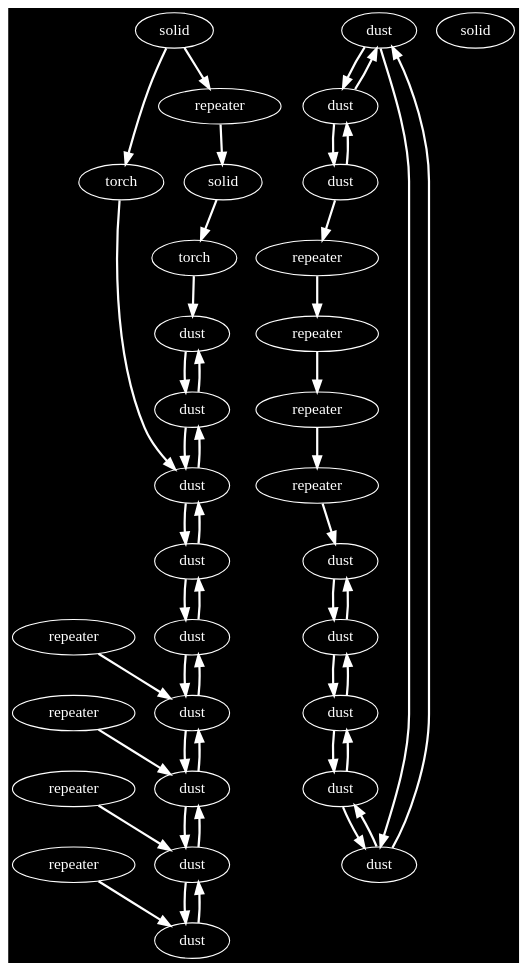
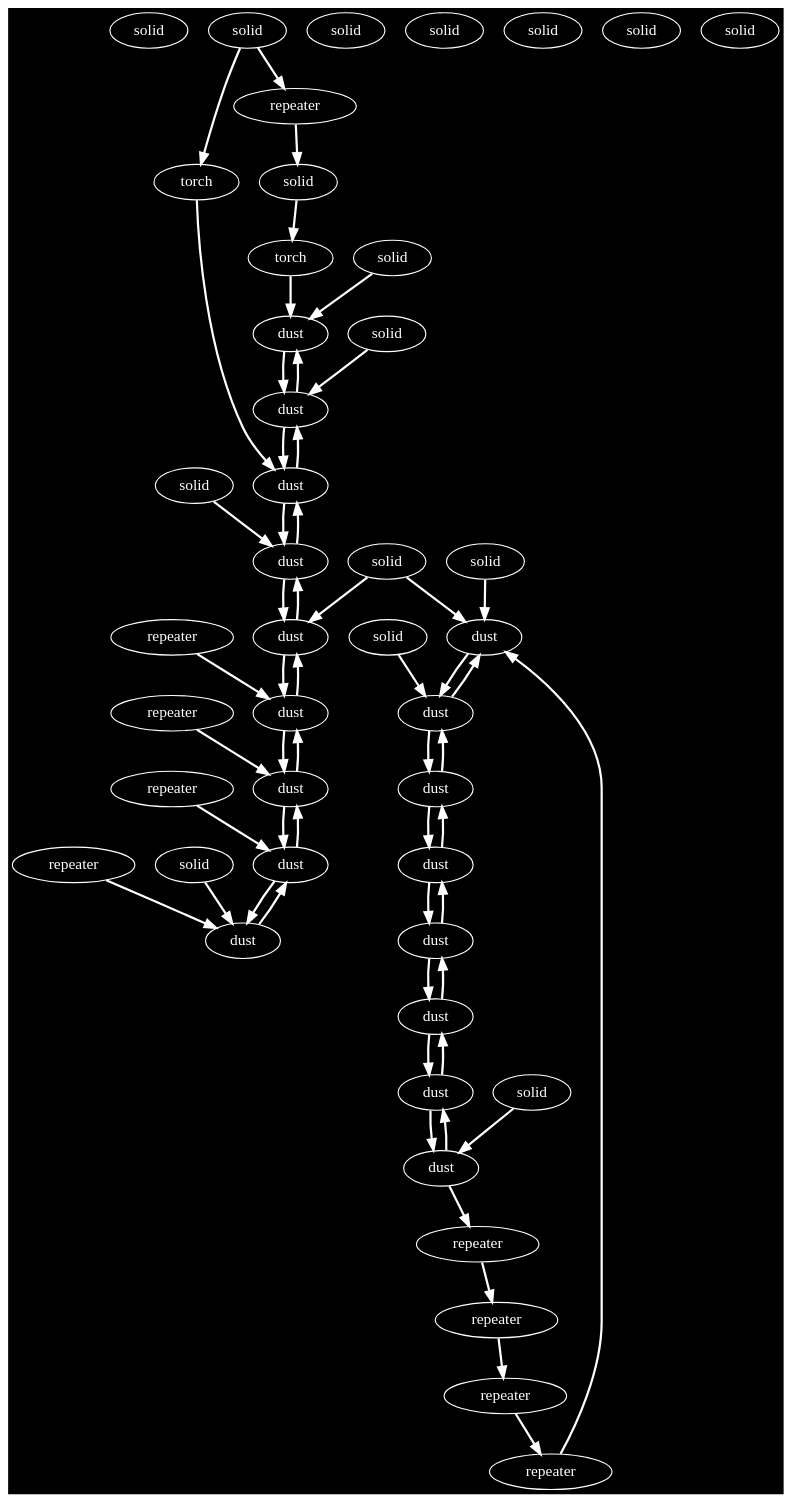
Before and after one commit to lakazatong/PCBMod: the diagram in common/src/main/java/in/lakazatong/pcbmod/redstone/examples/barrelshiftregister/barrel_shift_register.dot, drawn with Graphviz. The commit also changed 4 other files, not shown here.

```diff
--- a/common/src/main/java/in/lakazatong/pcbmod/redstone/examples/barrelshiftregister/barrel_shift_register.dot
+++ b/common/src/main/java/in/lakazatong/pcbmod/redstone/examples/barrelshiftregister/barrel_shift_register.dot
@@ -1,61 +1,76 @@
 digraph G {
     graph [bgcolor="black"];
+    "b9c15e73-9ecb-3daa-92ab-c95fe2925e75" [label="solid", style=filled, fillcolor="black", fontcolor="white", color="white", width=0.2, height=0.2];
     "79df7d33-2d57-3d20-9ada-cd3d04b6600f" [label="torch", style=filled, fillcolor="black", fontcolor="white", color="white", width=0.2, height=0.2];
     "ae5c3ec0-8f59-3a13-be35-a83d1c5bf039" -> "79df7d33-2d57-3d20-9ada-cd3d04b6600f" [color="white", arrowhead="normal", fontcolor="white", penwidth=2];
+    "5347ab2b-c54b-3604-96f0-26b7888cd3a1" [label="solid", style=filled, fillcolor="black", fontcolor="white", color="white", width=0.2, height=0.2];
     "5b571f68-0f15-3501-a320-b0a83a0254b0" [label="dust", style=filled, fillcolor="black", fontcolor="white", color="white", width=0.2, height=0.2];
     "93c9a203-347c-32af-be83-3c4651199f25" -> "5b571f68-0f15-3501-a320-b0a83a0254b0" [color="white", arrowhead="normal", fontcolor="white", penwidth=2];
     "731819ad-7f4a-3e8a-9762-ef11a44172a9" -> "5b571f68-0f15-3501-a320-b0a83a0254b0" [color="white", arrowhead="normal", fontcolor="white", penwidth=2];
+    "b5c2f3cf-6c87-3be1-bf80-d28025e2f21b" [label="solid", style=filled, fillcolor="black", fontcolor="white", color="white", width=0.2, height=0.2];
     "6e8699f1-07e9-3886-ac39-3d130127e887" [label="dust", style=filled, fillcolor="black", fontcolor="white", color="white", width=0.2, height=0.2];
+    "a8429368-62d3-3944-a286-bc658fb863d8" -> "6e8699f1-07e9-3886-ac39-3d130127e887" [color="white", arrowhead="normal", fontcolor="white", penwidth=2];
+    "cc63c546-47d9-3367-8ea4-4a239841f433" -> "6e8699f1-07e9-3886-ac39-3d130127e887" [color="white", arrowhead="normal", fontcolor="white", penwidth=2];
     "bfe9b9b4-8c47-3d21-b63b-7f53c41a60e2" -> "6e8699f1-07e9-3886-ac39-3d130127e887" [color="white", arrowhead="normal", fontcolor="white", penwidth=2];
-    "a8429368-62d3-3944-a286-bc658fb863d8" -> "6e8699f1-07e9-3886-ac39-3d130127e887" [color="white", arrowhead="normal", fontcolor="white", penwidth=2];
-    "b5c2f3cf-6c87-3be1-bf80-d28025e2f21b" [label="solid", style=filled, fillcolor="black", fontcolor="white", color="white", width=0.2, height=0.2];
     "a0b8a2e1-807b-3ef1-8f82-0cbb61817378" [label="repeater", style=filled, fillcolor="black", fontcolor="white", color="white", width=0.2, height=0.2];
+    "911149af-68a6-37f7-a04e-79d9e9e2934e" [label="solid", style=filled, fillcolor="black", fontcolor="white", color="white", width=0.2, height=0.2];
     "71b08495-6a86-375b-bd10-6399bc71acd4" [label="dust", style=filled, fillcolor="black", fontcolor="white", color="white", width=0.2, height=0.2];
+    "202901a9-65a6-3ada-ae39-645d281311e6" -> "71b08495-6a86-375b-bd10-6399bc71acd4" [color="white", arrowhead="normal", fontcolor="white", penwidth=2];
+    "dcedc68e-aaef-3f99-91cf-3883d9b53890" -> "71b08495-6a86-375b-bd10-6399bc71acd4" [color="white", arrowhead="normal", fontcolor="white", penwidth=2];
     "bfe9b9b4-8c47-3d21-b63b-7f53c41a60e2" -> "71b08495-6a86-375b-bd10-6399bc71acd4" [color="white", arrowhead="normal", fontcolor="white", penwidth=2];
-    "dcedc68e-aaef-3f99-91cf-3883d9b53890" -> "71b08495-6a86-375b-bd10-6399bc71acd4" [color="white", arrowhead="normal", fontcolor="white", penwidth=2];
+    "59652766-359b-369a-be57-7ae10ed44df7" [label="solid", style=filled, fillcolor="black", fontcolor="white", color="white", width=0.2, height=0.2];
     "f11ffa8d-1c36-35fe-8378-cb3c0250a556" [label="dust", style=filled, fillcolor="black", fontcolor="white", color="white", width=0.2, height=0.2];
+    "695c2b58-b2cd-36e8-8747-dad888f756e5" -> "f11ffa8d-1c36-35fe-8378-cb3c0250a556" [color="white", arrowhead="normal", fontcolor="white", penwidth=2];
     "57d8dfcb-3e15-3785-a9f8-d92c67260304" -> "f11ffa8d-1c36-35fe-8378-cb3c0250a556" [color="white", arrowhead="normal", fontcolor="white", penwidth=2];
-    "695c2b58-b2cd-36e8-8747-dad888f756e5" -> "f11ffa8d-1c36-35fe-8378-cb3c0250a556" [color="white", arrowhead="normal", fontcolor="white", penwidth=2];
+    "9b3f7a47-7d06-3637-9dcb-d8a5d70c4930" [label="solid", style=filled, fillcolor="black", fontcolor="white", color="white", width=0.2, height=0.2];
     "b3674d69-58f3-32f4-a34d-619b6201dc42" [label="repeater", style=filled, fillcolor="black", fontcolor="white", color="white", width=0.2, height=0.2];
     "009a3cb1-4a7e-3cf6-963d-5ec36d3ac40f" -> "b3674d69-58f3-32f4-a34d-619b6201dc42" [color="white", arrowhead="normal", fontcolor="white", penwidth=2];
     "6ff95c65-d545-3e48-8207-e826dedabc76" [label="repeater", style=filled, fillcolor="black", fontcolor="white", color="white", width=0.2, height=0.2];
     "61219756-d840-3b11-bf42-37dbd296f7b4" [label="dust", style=filled, fillcolor="black", fontcolor="white", color="white", width=0.2, height=0.2];
     "93c9a203-347c-32af-be83-3c4651199f25" -> "61219756-d840-3b11-bf42-37dbd296f7b4" [color="white", arrowhead="normal", fontcolor="white", penwidth=2];
+    "911149af-68a6-37f7-a04e-79d9e9e2934e" -> "61219756-d840-3b11-bf42-37dbd296f7b4" [color="white", arrowhead="normal", fontcolor="white", penwidth=2];
     "8cc3a70e-0ef4-3ef8-9715-bf8d620a08cd" [label="torch", style=filled, fillcolor="black", fontcolor="white", color="white", width=0.2, height=0.2];
     "b5c2f3cf-6c87-3be1-bf80-d28025e2f21b" -> "8cc3a70e-0ef4-3ef8-9715-bf8d620a08cd" [color="white", arrowhead="normal", fontcolor="white", penwidth=2];
+    "a1360e59-17f4-34c1-a6f4-d747a4a1b217" [label="solid", style=filled, fillcolor="black", fontcolor="white", color="white", width=0.2, height=0.2];
     "93c9a203-347c-32af-be83-3c4651199f25" [label="dust", style=filled, fillcolor="black", fontcolor="white", color="white", width=0.2, height=0.2];
     "61219756-d840-3b11-bf42-37dbd296f7b4" -> "93c9a203-347c-32af-be83-3c4651199f25" [color="white", arrowhead="normal", fontcolor="white", penwidth=2];
     "5b571f68-0f15-3501-a320-b0a83a0254b0" -> "93c9a203-347c-32af-be83-3c4651199f25" [color="white", arrowhead="normal", fontcolor="white", penwidth=2];
     "cbbd73e2-2c5d-3fc1-b1a2-64cfc9b0657d" [label="dust", style=filled, fillcolor="black", fontcolor="white", color="white", width=0.2, height=0.2];
+    "7c407d07-70a8-349e-9dea-9706270d5a7c" -> "cbbd73e2-2c5d-3fc1-b1a2-64cfc9b0657d" [color="white", arrowhead="normal", fontcolor="white", penwidth=2];
     "44ca0ece-ef77-3808-b467-15a54e5526c1" -> "cbbd73e2-2c5d-3fc1-b1a2-64cfc9b0657d" [color="white", arrowhead="normal", fontcolor="white", penwidth=2];
-    "7c407d07-70a8-349e-9dea-9706270d5a7c" -> "cbbd73e2-2c5d-3fc1-b1a2-64cfc9b0657d" [color="white", arrowhead="normal", fontcolor="white", penwidth=2];
+    "97f0f680-d63b-3547-a0ce-e457be9fd927" -> "cbbd73e2-2c5d-3fc1-b1a2-64cfc9b0657d" [color="white", arrowhead="normal", fontcolor="white", penwidth=2];
     "267b5d56-777a-3979-8a0c-28f87be30e9a" [label="dust", style=filled, fillcolor="black", fontcolor="white", color="white", width=0.2, height=0.2];
-    "6ff95c65-d545-3e48-8207-e826dedabc76" -> "267b5d56-777a-3979-8a0c-28f87be30e9a" [color="white", arrowhead="normal", fontcolor="white", penwidth=2];
     "220de361-52fd-3d21-9d87-834fd0982ec4" -> "267b5d56-777a-3979-8a0c-28f87be30e9a" [color="white", arrowhead="normal", fontcolor="white", penwidth=2];
     "a8429368-62d3-3944-a286-bc658fb863d8" -> "267b5d56-777a-3979-8a0c-28f87be30e9a" [color="white", arrowhead="normal", fontcolor="white", penwidth=2];
+    "6ff95c65-d545-3e48-8207-e826dedabc76" -> "267b5d56-777a-3979-8a0c-28f87be30e9a" [color="white", arrowhead="normal", fontcolor="white", penwidth=2];
     "220de361-52fd-3d21-9d87-834fd0982ec4" [label="dust", style=filled, fillcolor="black", fontcolor="white", color="white", width=0.2, height=0.2];
     "267b5d56-777a-3979-8a0c-28f87be30e9a" -> "220de361-52fd-3d21-9d87-834fd0982ec4" [color="white", arrowhead="normal", fontcolor="white", penwidth=2];
+    "a0b8a2e1-807b-3ef1-8f82-0cbb61817378" -> "220de361-52fd-3d21-9d87-834fd0982ec4" [color="white", arrowhead="normal", fontcolor="white", penwidth=2];
     "44ca0ece-ef77-3808-b467-15a54e5526c1" -> "220de361-52fd-3d21-9d87-834fd0982ec4" [color="white", arrowhead="normal", fontcolor="white", penwidth=2];
-    "a0b8a2e1-807b-3ef1-8f82-0cbb61817378" -> "220de361-52fd-3d21-9d87-834fd0982ec4" [color="white", arrowhead="normal", fontcolor="white", penwidth=2];
     "009a3cb1-4a7e-3cf6-963d-5ec36d3ac40f" [label="repeater", style=filled, fillcolor="black", fontcolor="white", color="white", width=0.2, height=0.2];
     "29c179f9-a450-3f5d-8676-022c50f4696a" -> "009a3cb1-4a7e-3cf6-963d-5ec36d3ac40f" [color="white", arrowhead="normal", fontcolor="white", penwidth=2];
     "143daf94-f451-3ae6-b069-5bfc234f2cec" [label="repeater", style=filled, fillcolor="black", fontcolor="white", color="white", width=0.2, height=0.2];
     "b5c2f3cf-6c87-3be1-bf80-d28025e2f21b" -> "143daf94-f451-3ae6-b069-5bfc234f2cec" [color="white", arrowhead="normal", fontcolor="white", penwidth=2];
     "bfe9b9b4-8c47-3d21-b63b-7f53c41a60e2" [label="dust", style=filled, fillcolor="black", fontcolor="white", color="white", width=0.2, height=0.2];
+    "8cc3a70e-0ef4-3ef8-9715-bf8d620a08cd" -> "bfe9b9b4-8c47-3d21-b63b-7f53c41a60e2" [color="white", arrowhead="normal", fontcolor="white", penwidth=2];
+    "71b08495-6a86-375b-bd10-6399bc71acd4" -> "bfe9b9b4-8c47-3d21-b63b-7f53c41a60e2" [color="white", arrowhead="normal", fontcolor="white", penwidth=2];
     "6e8699f1-07e9-3886-ac39-3d130127e887" -> "bfe9b9b4-8c47-3d21-b63b-7f53c41a60e2" [color="white", arrowhead="normal", fontcolor="white", penwidth=2];
-    "71b08495-6a86-375b-bd10-6399bc71acd4" -> "bfe9b9b4-8c47-3d21-b63b-7f53c41a60e2" [color="white", arrowhead="normal", fontcolor="white", penwidth=2];
-    "8cc3a70e-0ef4-3ef8-9715-bf8d620a08cd" -> "bfe9b9b4-8c47-3d21-b63b-7f53c41a60e2" [color="white", arrowhead="normal", fontcolor="white", penwidth=2];
     "7c407d07-70a8-349e-9dea-9706270d5a7c" [label="repeater", style=filled, fillcolor="black", fontcolor="white", color="white", width=0.2, height=0.2];
     "695c2b58-b2cd-36e8-8747-dad888f756e5" [label="dust", style=filled, fillcolor="black", fontcolor="white", color="white", width=0.2, height=0.2];
+    "ca50d698-bdd8-38ba-bb4f-338b9d828919" -> "695c2b58-b2cd-36e8-8747-dad888f756e5" [color="white", arrowhead="normal", fontcolor="white", penwidth=2];
+    "6bddd822-2136-38da-8e2d-4d47f6697966" -> "695c2b58-b2cd-36e8-8747-dad888f756e5" [color="white", arrowhead="normal", fontcolor="white", penwidth=2];
     "f11ffa8d-1c36-35fe-8378-cb3c0250a556" -> "695c2b58-b2cd-36e8-8747-dad888f756e5" [color="white", arrowhead="normal", fontcolor="white", penwidth=2];
-    "ca50d698-bdd8-38ba-bb4f-338b9d828919" -> "695c2b58-b2cd-36e8-8747-dad888f756e5" [color="white", arrowhead="normal", fontcolor="white", penwidth=2];
+    "1d9acc7d-fce5-3346-9ecd-6664a05c1cdd" [label="solid", style=filled, fillcolor="black", fontcolor="white", color="white", width=0.2, height=0.2];
+    "97f0f680-d63b-3547-a0ce-e457be9fd927" [label="solid", style=filled, fillcolor="black", fontcolor="white", color="white", width=0.2, height=0.2];
     "44ca0ece-ef77-3808-b467-15a54e5526c1" [label="dust", style=filled, fillcolor="black", fontcolor="white", color="white", width=0.2, height=0.2];
+    "220de361-52fd-3d21-9d87-834fd0982ec4" -> "44ca0ece-ef77-3808-b467-15a54e5526c1" [color="white", arrowhead="normal", fontcolor="white", penwidth=2];
+    "cbbd73e2-2c5d-3fc1-b1a2-64cfc9b0657d" -> "44ca0ece-ef77-3808-b467-15a54e5526c1" [color="white", arrowhead="normal", fontcolor="white", penwidth=2];
     "222a7fb5-fd6f-31a6-969b-346b9d6d4a7b" -> "44ca0ece-ef77-3808-b467-15a54e5526c1" [color="white", arrowhead="normal", fontcolor="white", penwidth=2];
-    "cbbd73e2-2c5d-3fc1-b1a2-64cfc9b0657d" -> "44ca0ece-ef77-3808-b467-15a54e5526c1" [color="white", arrowhead="normal", fontcolor="white", penwidth=2];
-    "220de361-52fd-3d21-9d87-834fd0982ec4" -> "44ca0ece-ef77-3808-b467-15a54e5526c1" [color="white", arrowhead="normal", fontcolor="white", penwidth=2];
+    "202901a9-65a6-3ada-ae39-645d281311e6" [label="solid", style=filled, fillcolor="black", fontcolor="white", color="white", width=0.2, height=0.2];
     "731819ad-7f4a-3e8a-9762-ef11a44172a9" [label="dust", style=filled, fillcolor="black", fontcolor="white", color="white", width=0.2, height=0.2];
     "57d8dfcb-3e15-3785-a9f8-d92c67260304" -> "731819ad-7f4a-3e8a-9762-ef11a44172a9" [color="white", arrowhead="normal", fontcolor="white", penwidth=2];
     "5b571f68-0f15-3501-a320-b0a83a0254b0" -> "731819ad-7f4a-3e8a-9762-ef11a44172a9" [color="white", arrowhead="normal", fontcolor="white", penwidth=2];
+    "cc63c546-47d9-3367-8ea4-4a239841f433" [label="solid", style=filled, fillcolor="black", fontcolor="white", color="white", width=0.2, height=0.2];
     "38eb184d-552f-3a21-aa7f-6a6563d916c5" [label="solid", style=filled, fillcolor="black", fontcolor="white", color="white", width=0.2, height=0.2];
     "222a7fb5-fd6f-31a6-969b-346b9d6d4a7b" [label="repeater", style=filled, fillcolor="black", fontcolor="white", color="white", width=0.2, height=0.2];
     "29c179f9-a450-3f5d-8676-022c50f4696a" [label="repeater", style=filled, fillcolor="black", fontcolor="white", color="white", width=0.2, height=0.2];
@@ -66,14 +81,21 @@
     "f11ffa8d-1c36-35fe-8378-cb3c0250a556" -> "57d8dfcb-3e15-3785-a9f8-d92c67260304" [color="white", arrowhead="normal", fontcolor="white", penwidth=2];
     "731819ad-7f4a-3e8a-9762-ef11a44172a9" -> "57d8dfcb-3e15-3785-a9f8-d92c67260304" [color="white", arrowhead="normal", fontcolor="white", penwidth=2];
     "ca50d698-bdd8-38ba-bb4f-338b9d828919" [label="dust", style=filled, fillcolor="black", fontcolor="white", color="white", width=0.2, height=0.2];
+    "f4516df4-5e20-3dc2-b494-1ea993de6395" -> "ca50d698-bdd8-38ba-bb4f-338b9d828919" [color="white", arrowhead="normal", fontcolor="white", penwidth=2];
     "695c2b58-b2cd-36e8-8747-dad888f756e5" -> "ca50d698-bdd8-38ba-bb4f-338b9d828919" [color="white", arrowhead="normal", fontcolor="white", penwidth=2];
-    "f4516df4-5e20-3dc2-b494-1ea993de6395" -> "ca50d698-bdd8-38ba-bb4f-338b9d828919" [color="white", arrowhead="normal", fontcolor="white", penwidth=2];
-    "dcedc68e-aaef-3f99-91cf-3883d9b53890" [label="dust", style=filled, fillcolor="black", fontcolor="white", color="white", width=0.2, height=0.2];
-    "71b08495-6a86-375b-bd10-6399bc71acd4" -> "dcedc68e-aaef-3f99-91cf-3883d9b53890" [color="white", arrowhead="normal", fontcolor="white", penwidth=2];
-    "79df7d33-2d57-3d20-9ada-cd3d04b6600f" -> "dcedc68e-aaef-3f99-91cf-3883d9b53890" [color="white", arrowhead="normal", fontcolor="white", penwidth=2];
+    "87ed5b72-f553-389b-956d-7719fed7e18c" -> "ca50d698-bdd8-38ba-bb4f-338b9d828919" [color="white", arrowhead="normal", fontcolor="white", penwidth=2];
+    "1d9acc7d-fce5-3346-9ecd-6664a05c1cdd" -> "ca50d698-bdd8-38ba-bb4f-338b9d828919" [color="white", arrowhead="normal", fontcolor="white", penwidth=2];
+    "6bddd822-2136-38da-8e2d-4d47f6697966" [label="solid", style=filled, fillcolor="black", fontcolor="white", color="white", width=0.2, height=0.2];
+    "87ed5b72-f553-389b-956d-7719fed7e18c" [label="solid", style=filled, fillcolor="black", fontcolor="white", color="white", width=0.2, height=0.2];
+    "870ed7a9-1045-3d9b-8b13-8b295d6cae57" [label="solid", style=filled, fillcolor="black", fontcolor="white", color="white", width=0.2, height=0.2];
     "ae5c3ec0-8f59-3a13-be35-a83d1c5bf039" [label="solid", style=filled, fillcolor="black", fontcolor="white", color="white", width=0.2, height=0.2];
     "143daf94-f451-3ae6-b069-5bfc234f2cec" -> "ae5c3ec0-8f59-3a13-be35-a83d1c5bf039" [color="white", arrowhead="normal", fontcolor="white", penwidth=2];
+    "dcedc68e-aaef-3f99-91cf-3883d9b53890" [label="dust", style=filled, fillcolor="black", fontcolor="white", color="white", width=0.2, height=0.2];
+    "79df7d33-2d57-3d20-9ada-cd3d04b6600f" -> "dcedc68e-aaef-3f99-91cf-3883d9b53890" [color="white", arrowhead="normal", fontcolor="white", penwidth=2];
+    "870ed7a9-1045-3d9b-8b13-8b295d6cae57" -> "dcedc68e-aaef-3f99-91cf-3883d9b53890" [color="white", arrowhead="normal", fontcolor="white", penwidth=2];
+    "71b08495-6a86-375b-bd10-6399bc71acd4" -> "dcedc68e-aaef-3f99-91cf-3883d9b53890" [color="white", arrowhead="normal", fontcolor="white", penwidth=2];
     "a8429368-62d3-3944-a286-bc658fb863d8" [label="dust", style=filled, fillcolor="black", fontcolor="white", color="white", width=0.2, height=0.2];
+    "267b5d56-777a-3979-8a0c-28f87be30e9a" -> "a8429368-62d3-3944-a286-bc658fb863d8" [color="white", arrowhead="normal", fontcolor="white", penwidth=2];
+    "1d9acc7d-fce5-3346-9ecd-6664a05c1cdd" -> "a8429368-62d3-3944-a286-bc658fb863d8" [color="white", arrowhead="normal", fontcolor="white", penwidth=2];
     "6e8699f1-07e9-3886-ac39-3d130127e887" -> "a8429368-62d3-3944-a286-bc658fb863d8" [color="white", arrowhead="normal", fontcolor="white", penwidth=2];
-    "267b5d56-777a-3979-8a0c-28f87be30e9a" -> "a8429368-62d3-3944-a286-bc658fb863d8" [color="white", arrowhead="normal", fontcolor="white", penwidth=2];
 }
```
